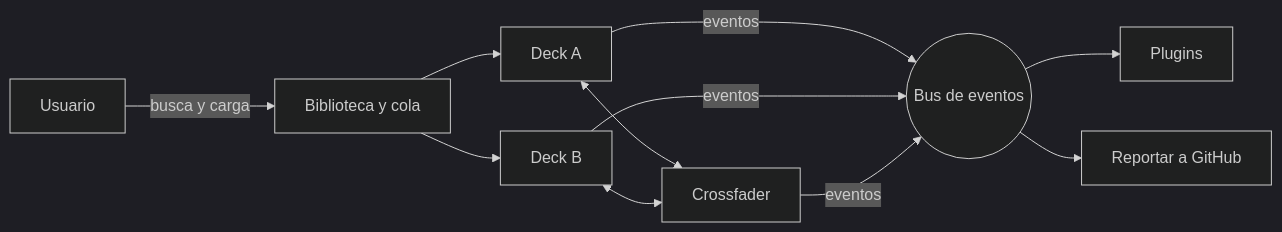
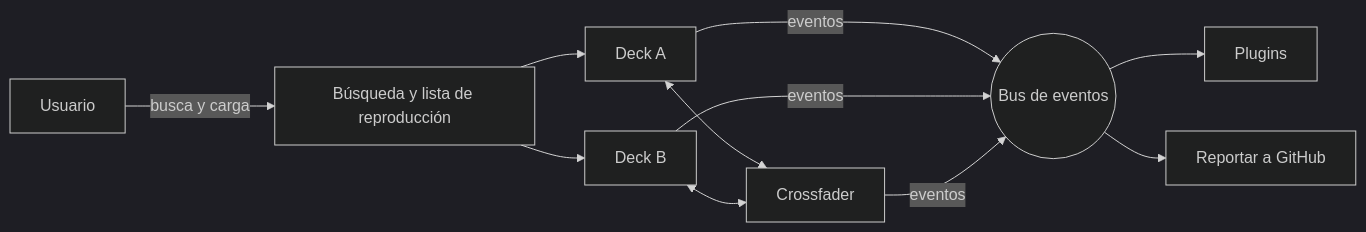
The diagram in README.md (Csav20/DjClaudeBrave), drawn with Mermaid (dark theme) before and after one commit. The commit also changed other lines of this file and 5 other files, not shown here.

Commit message:
v0.6.0: decks con look de cassette y lista de reproducción persistente

````diff
--- a/README.md
+++ b/README.md
@@ -154,11 +157,11 @@
 ```mermaid
 flowchart LR
-  U[Usuario] -->|busca y carga| L[Biblioteca y cola]
+  U[Usuario] -->|busca y carga| L[Búsqueda y lista de reproducción]
   L --> DA[Deck A]
   L --> DB[Deck B]
   DA <--> M[Crossfader]
   DB <--> M
   DA & DB & M -->|eventos| BUS((Bus de eventos))
   BUS --> P[Plugins]
   BUS --> R[Reportar a GitHub]
 ```
````
